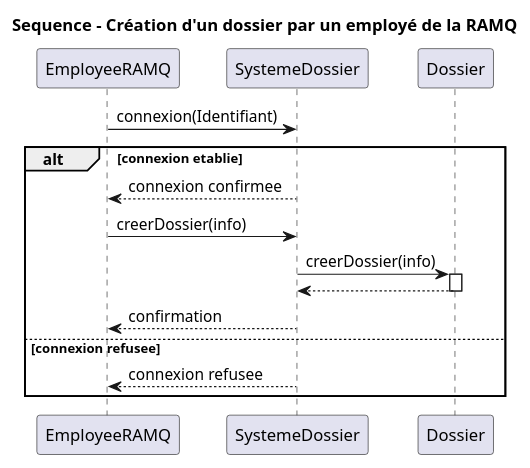
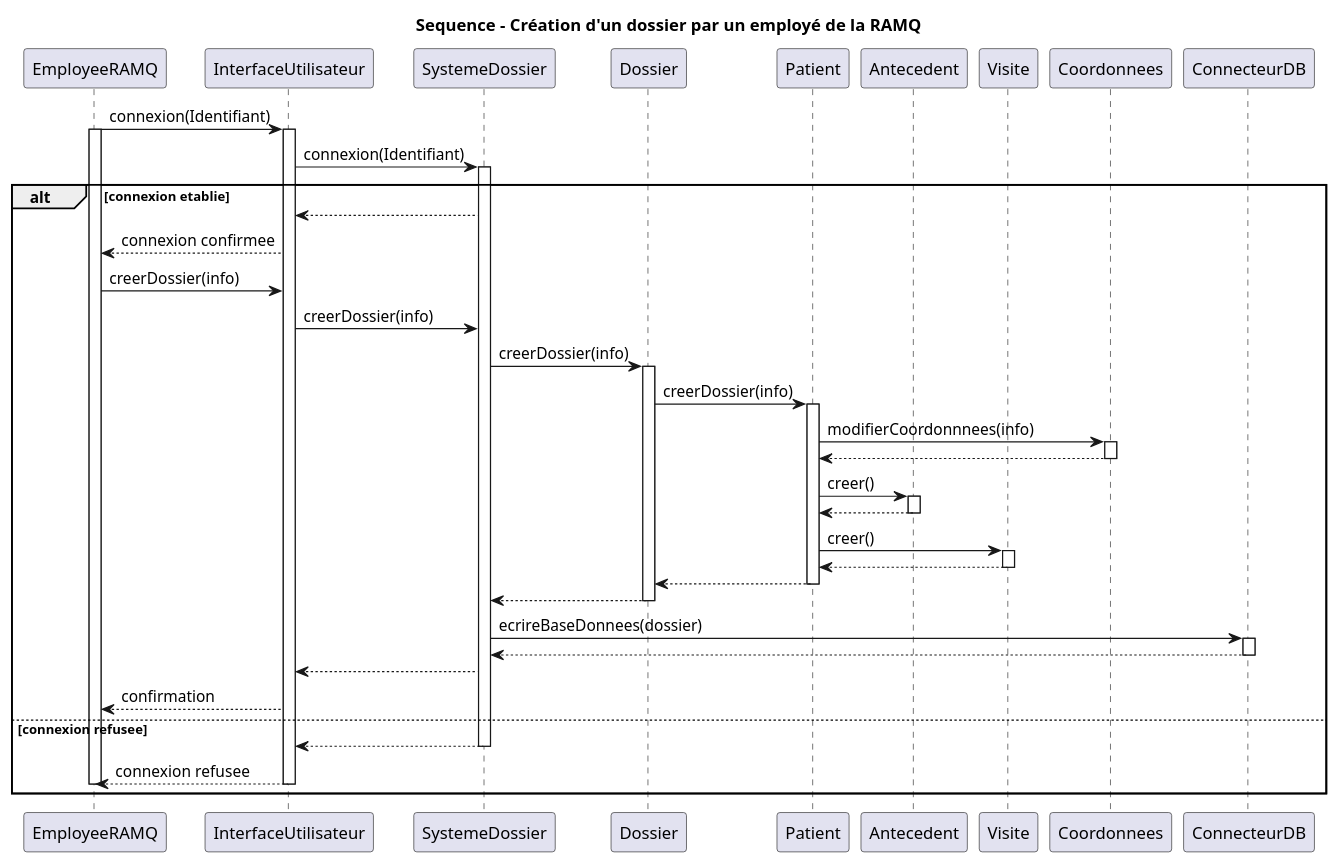
Before and after one commit to vbrayuqam/projet-genielog: the diagram in EmployeRamqCreeDossier.puml, drawn with PlantUML. The commit also changed 3 other files, not shown here.

Commit message:
les diagrammes modifiés de RAMQ avec les png correspondant

```diff
--- a/EmployeRamqCreeDossier.puml
+++ b/EmployeRamqCreeDossier.puml
@@ -1,28 +1,73 @@
 @startuml EmployeRamqCreeDossier
 
 Title Sequence - Création d'un dossier par un employé de la RAMQ
 
 participant EmployeeRAMQ as ER
+participant InterfaceUtilisateur as IU
 participant SystemeDossier as SD 
 participant Dossier as D 
+participant Patient as P
+participant Antecedent as A
+participant Visite as V
+participant Coordonnees as C
+participant ConnecteurDB as CDB
 
-ER -> SD : connexion(Identifiant)
+
+ER -> IU : connexion(Identifiant)
+activate ER
+activate IU
+IU -> SD : connexion(Identifiant)
+activate SD
 
 alt connexion etablie
 
-  SD --> ER : connexion confirmee
-  ER -> SD : creerDossier(info)
+  SD --> IU
+  IU --> ER : connexion confirmee
+  ER -> IU : creerDossier(info)
+  IU -> SD : creerDossier(info)
   SD -> D : creerDossier(info)
   activate D
+  D -> P : creerDossier(info)
+ 
+  activate P
+  P -> C : modifierCoordonnnees(info)
+  activate C
+  C --> P 
+  deactivate C
+
+  P -> A : creer()
+  activate A
+  A --> P 
+  deactivate A
+
+  P -> V : creer()
+  activate V
+  V --> P
+  deactivate
+
+  P --> D
+  deactivate P
+
   D --> SD
   deactivate D
-  SD --> ER : confirmation
+
+  SD -> CDB : ecrireBaseDonnees(dossier)
+  activate CDB
+  CDB --> SD
+  deactivate CDB
+
+  SD --> IU
+  IU --> ER : confirmation
 
 else connexion refusee
 
-  SD --> ER : connexion refusee
+  SD --> IU 
+  deactivate SD
+  IU --> ER : connexion refusee
+  deactivate IU
+  deactivate ER
 
 end
 
 
 @enduml
```
